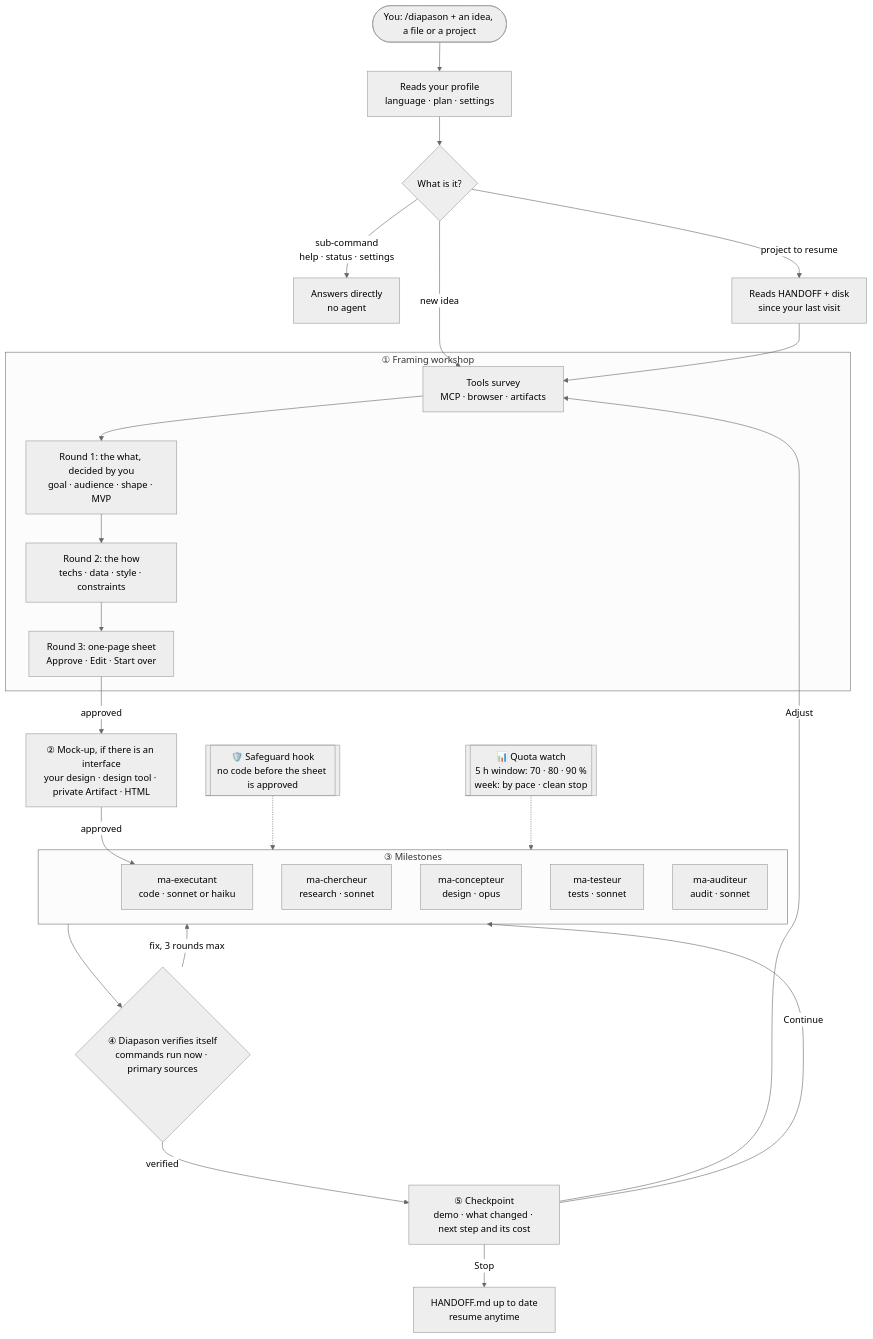
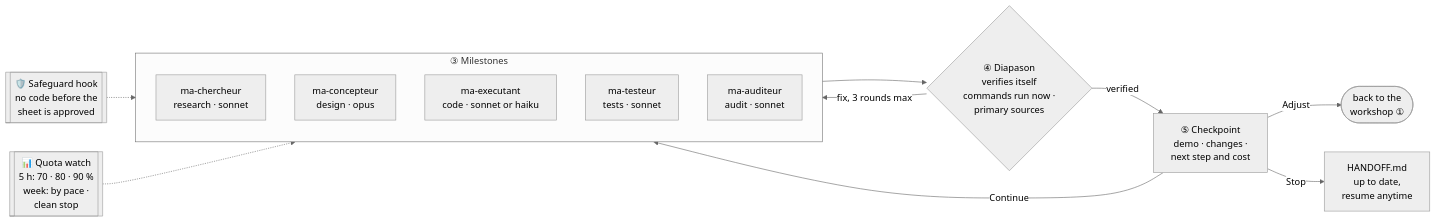
One commit to MalikChopa/diapason changed the second of 4 diagrams in README.md. Above: the diagram before and after it, drawn with Mermaid (neutral theme). The commit also changed other lines of this file, not shown here.

````diff
--- a/README.md
+++ b/README.md
@@ -40,36 +61,18 @@
 ```mermaid
-flowchart TD
-    U(["You: /diapason + an idea, a file or a project"]) --> P["Reads your profile<br/>language · plan · settings"]
-    P --> R{"What is it?"}
-    R -- "sub-command<br/>help · status · settings" --> SC["Answers directly<br/>no agent"]
-    R -- "project to resume" --> RS["Reads HANDOFF + disk<br/>since your last visit"]
-    R -- "new idea" --> Q
-    RS --> Q
-
-    subgraph W["① Framing workshop"]
-        Q["Tools survey<br/>MCP · browser · artifacts"] --> T1["Round 1: the what, decided by you<br/>goal · audience · shape · MVP"]
-        T1 --> T2["Round 2: the how<br/>techs · data · style · constraints"]
-        T2 --> T3["Round 3: one-page sheet<br/>Approve · Edit · Start over"]
-    end
-
-    T3 -- "approved" --> MK["② Mock-up, if there is an interface<br/>your design · design tool · private Artifact · HTML"]
-    MK -- "approved" --> A3
-
+flowchart LR
     subgraph J["③ Milestones"]
         A1["ma-chercheur<br/>research · sonnet"]
         A2["ma-concepteur<br/>design · opus"]
         A3["ma-executant<br/>code · sonnet or haiku"]
         A4["ma-testeur<br/>tests · sonnet"]
         A5["ma-auditeur<br/>audit · sonnet"]
     end
-
-    J --> V{"④ Diapason verifies itself<br/>commands run now · primary sources"}
+    J --> V{"④ Diapason<br/>verifies itself<br/>commands run now ·<br/>primary sources"}
     V -- "fix, 3 rounds max" --> J
-    V -- "verified" --> CP["⑤ Checkpoint<br/>demo · what changed · next step and its cost"]
+    V -- "verified" --> CP["⑤ Checkpoint<br/>demo · changes ·<br/>next step and cost"]
     CP -- "Continue" --> J
-    CP -- "Adjust" --> Q
-    CP -- "Stop" --> H["HANDOFF.md up to date<br/>resume anytime"]
-
-    G[["🛡️ Safeguard hook<br/>no code before the sheet is approved"]] -.-> J
-    QT[["📊 Quota watch<br/>5 h window: 70 · 80 · 90 %<br/>week: by pace · clean stop"]] -.-> J
+    CP -- "Adjust" --> BK(["back to the<br/>workshop ①"])
+    CP -- "Stop" --> H["HANDOFF.md<br/>up to date,<br/>resume anytime"]
+    G[["🛡️ Safeguard hook<br/>no code before the<br/>sheet is approved"]] -.-> J
+    QT[["📊 Quota watch<br/>5 h: 70 · 80 · 90 %<br/>week: by pace ·<br/>clean stop"]] -.-> J
 ```
````
